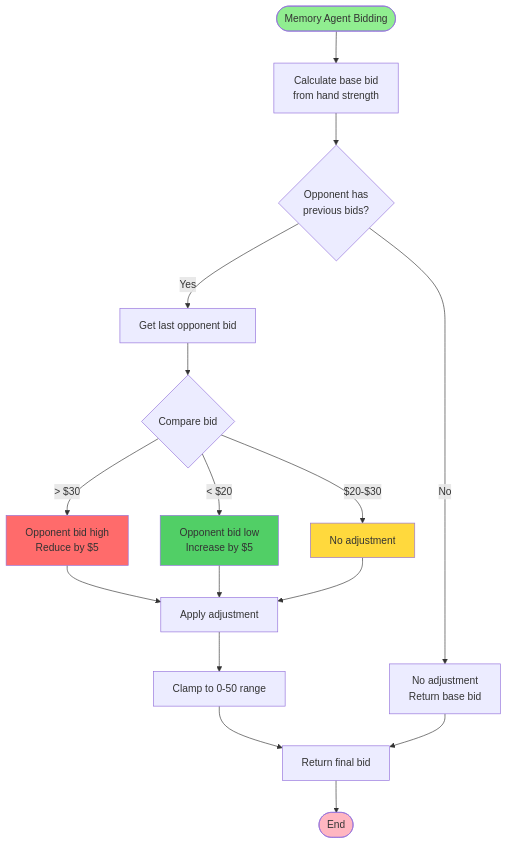
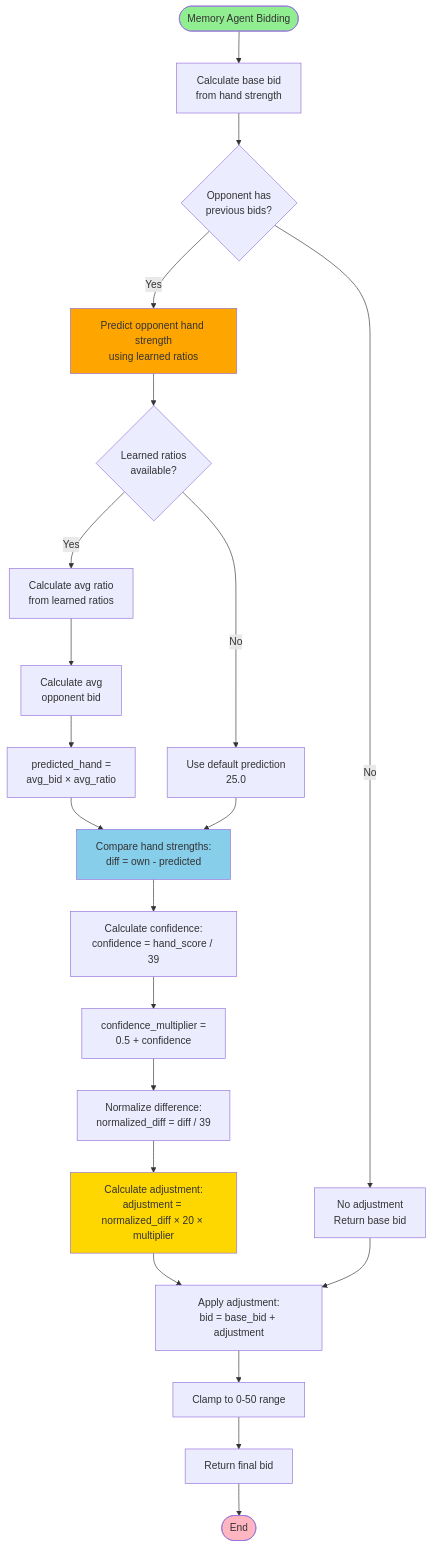
One commit to kabir0st/poker-playing-ai-agents changed the fifth of 7 diagrams in documentation/FLOW_DIAGRAMS.md. Above: the diagram before and after it, drawn with Mermaid. The commit also changed other lines of this file and 11 other files, not shown here.

````diff
--- a/documentation/FLOW_DIAGRAMS.md
+++ b/documentation/FLOW_DIAGRAMS.md
@@ -286,29 +286,37 @@
 ```mermaid
 flowchart TD
     Start([Memory Agent Bidding]) --> BaseBid[Calculate base bid<br/>from hand strength]
     BaseBid --> CheckOpp{Opponent has<br/>previous bids?}
 
     CheckOpp -->|No| NoAdjust[No adjustment<br/>Return base bid]
-    CheckOpp -->|Yes| GetLast[Get last opponent bid]
+    CheckOpp -->|Yes| Predict[Predict opponent hand strength<br/>using learned ratios]
 
-    GetLast --> Compare{Compare bid}
-    Compare -->|> $30| HighBid[Opponent bid high<br/>Reduce by $5]
-    Compare -->|< $20| LowBid[Opponent bid low<br/>Increase by $5]
-    Compare -->|$20-$30| Neutral[No adjustment]
+    Predict --> CheckRatios{Learned ratios<br/>available?}
+    CheckRatios -->|No| Default[Use default prediction<br/>25.0]
+    CheckRatios -->|Yes| CalcRatio[Calculate avg ratio<br/>from learned ratios]
 
-    HighBid --> Apply[Apply adjustment]
-    LowBid --> Apply
-    Neutral --> Apply
+    CalcRatio --> CalcAvg[Calculate avg<br/>opponent bid]
+    CalcAvg --> Multiply[predicted_hand =<br/>avg_bid × avg_ratio]
+    Multiply --> Compare[Compare hand strengths:<br/>diff = own - predicted]
+
+    Default --> Compare
+
+    Compare --> Confidence[Calculate confidence:<br/>confidence = hand_score / 39]
+    Confidence --> Multiplier[confidence_multiplier =<br/>0.5 + confidence]
+    Multiplier --> Normalize[Normalize difference:<br/>normalized_diff = diff / 39]
+    Normalize --> Adjust[Calculate adjustment:<br/>adjustment = normalized_diff × 20 × multiplier]
+
+    Adjust --> Apply[Apply adjustment:<br/>bid = base_bid + adjustment]
+    NoAdjust --> Apply
 
     Apply --> Clamp[Clamp to 0-50 range]
     Clamp --> Return[Return final bid]
-    NoAdjust --> Return
 
     Return --> End([End])
 
     style Start fill:#90EE90
     style End fill:#FFB6C1
-    style HighBid fill:#FF6B6B
-    style LowBid fill:#51CF66
-    style Neutral fill:#FFD93D
+    style Predict fill:#FFA500
+    style Compare fill:#87CEEB
+    style Adjust fill:#FFD700
 ```
````
